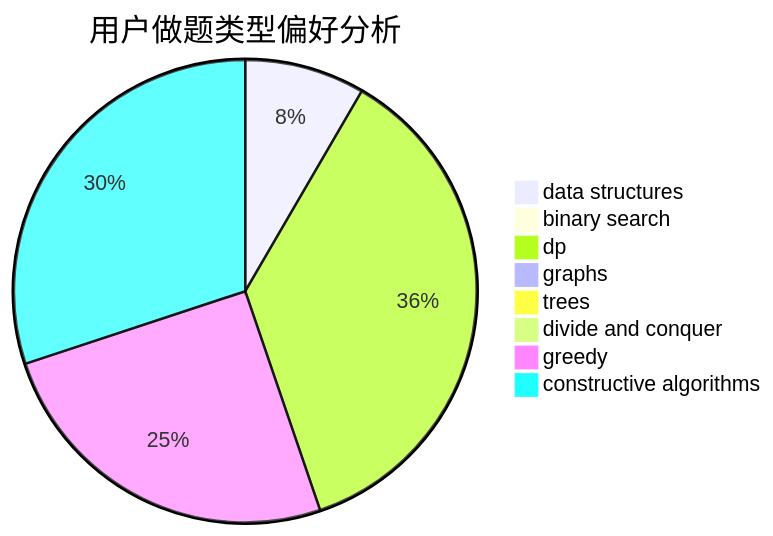
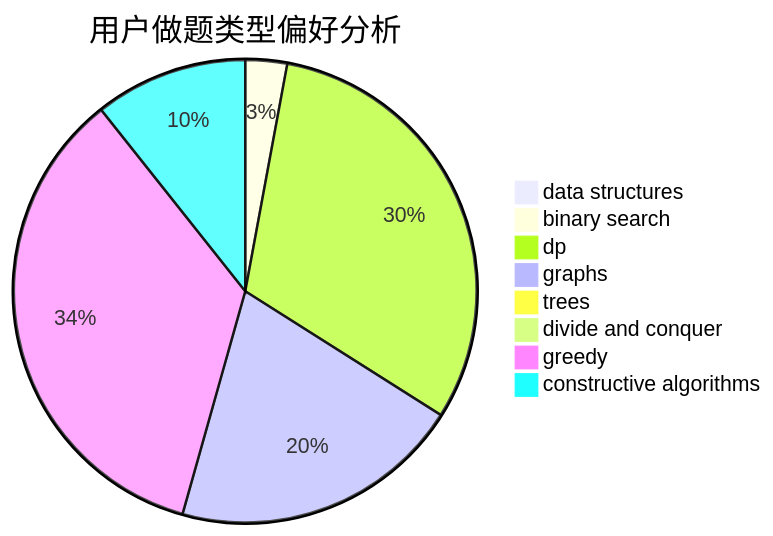
Before and after one commit to sherpahu/cfrs.github.io: the second of 3 diagrams in docs/user/u2590.md, drawn with Mermaid. The commit also changed other lines of this file and 2770 other files, not shown here.

````diff
--- a/docs/user/u2590.md
+++ b/docs/user/u2590.md
@@ -23,11 +23,11 @@
 ```mermaid
 pie title 用户做题类型偏好分析
-    "data structures" :  12
-    "binary search" :  0
-    "dp" :  52
-    "graphs" :  1
+    "data structures" :  1
+    "binary search" :  3
+    "dp" :  32
+    "graphs" :  21
     "trees" :  0
-    "divide and conquer" :  0
+    "divide and conquer" :  1
     "greedy" :  36
-    "constructive algorithms" :  43
+    "constructive algorithms" :  11
 ```
````
